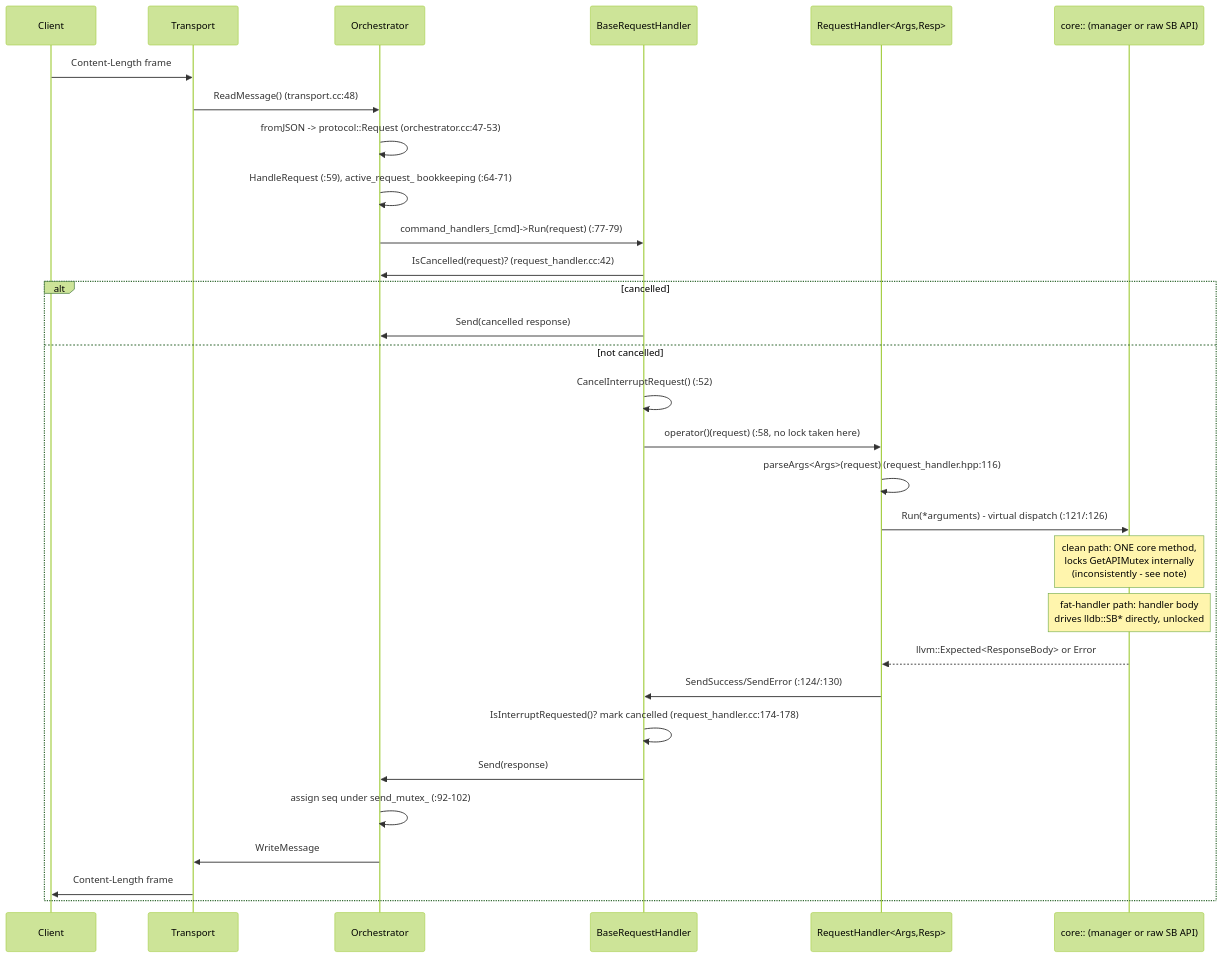
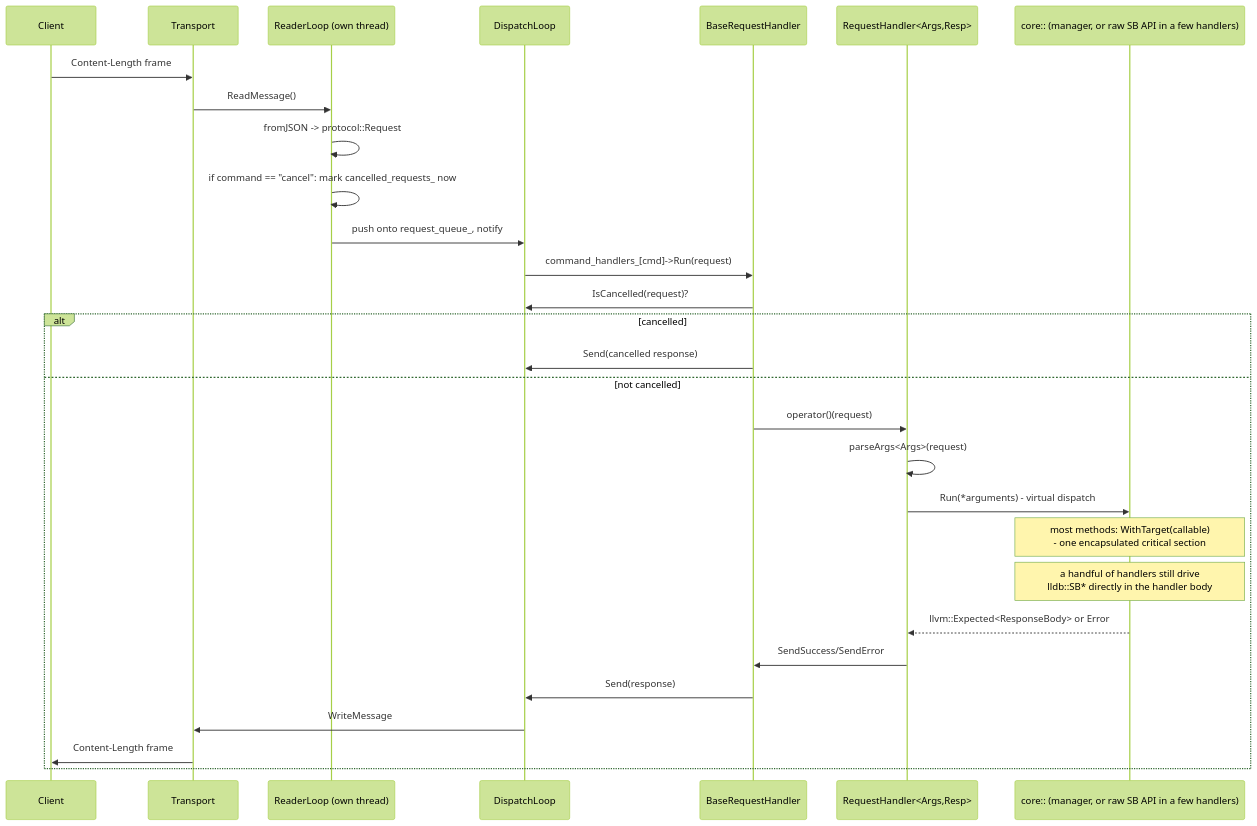
The first of 2 diagrams in docs/architecture/03-request-sequence.md (Hasnaoui-Youssef/trailer_vibes), drawn with Mermaid (forest theme) before and after one commit. The commit also changed other lines of this file and 132 other files, not shown here.

````diff
--- a/docs/architecture/03-request-sequence.md
+++ b/docs/architecture/03-request-sequence.md
@@ -9,33 +20,32 @@
 ```mermaid
 sequenceDiagram
     participant Client
     participant Transport
-    participant Orchestrator
+    participant Reader as ReaderLoop (own thread)
+    participant Dispatch as DispatchLoop
     participant BaseHandler as BaseRequestHandler
     participant Handler as RequestHandler<Args,Resp>
-    participant Core as core:: (manager or raw SB API)
+    participant Core as core:: (manager, or raw SB API in a few handlers)
 
     Client->>Transport: Content-Length frame
-    Transport->>Orchestrator: ReadMessage() (transport.cc:48)
-    Orchestrator->>Orchestrator: fromJSON -> protocol::Request (orchestrator.cc:47-53)
-    Orchestrator->>Orchestrator: HandleRequest (:59), active_request_ bookkeeping (:64-71)
-    Orchestrator->>BaseHandler: command_handlers_[cmd]->Run(request) (:77-79)
-    BaseHandler->>Orchestrator: IsCancelled(request)? (request_handler.cc:42)
+    Transport->>Reader: ReadMessage()
+    Reader->>Reader: fromJSON -> protocol::Request
+    Reader->>Reader: if command == "cancel": mark cancelled_requests_ now
+    Reader->>Dispatch: push onto request_queue_, notify
+    Dispatch->>BaseHandler: command_handlers_[cmd]->Run(request)
+    BaseHandler->>Dispatch: IsCancelled(request)?
     alt cancelled
-        BaseHandler->>Orchestrator: Send(cancelled response)
+        BaseHandler->>Dispatch: Send(cancelled response)
     else not cancelled
-        BaseHandler->>BaseHandler: CancelInterruptRequest() (:52)
-        BaseHandler->>Handler: operator()(request) (:58, no lock taken here)
-        Handler->>Handler: parseArgs<Args>(request) (request_handler.hpp:116)
-        Handler->>Core: Run(*arguments) - virtual dispatch (:121/:126)
-        Note over Core: clean path: ONE core method,<br/>locks GetAPIMutex internally<br/>(inconsistently - see note)
-        Note over Core: fat-handler path: handler body<br/>drives lldb::SB* directly, unlocked
+        BaseHandler->>Handler: operator()(request)
+        Handler->>Handler: parseArgs<Args>(request)
+        Handler->>Core: Run(*arguments) - virtual dispatch
+        Note over Core: most methods: WithTarget(callable)<br/>- one encapsulated critical section
+        Note over Core: a handful of handlers still drive<br/>lldb::SB* directly in the handler body
         Core-->>Handler: llvm::Expected<ResponseBody> or Error
-        Handler->>BaseHandler: SendSuccess/SendError (:124/:130)
-        BaseHandler->>BaseHandler: IsInterruptRequested()? mark cancelled (request_handler.cc:174-178)
-        BaseHandler->>Orchestrator: Send(response)
-        Orchestrator->>Orchestrator: assign seq under send_mutex_ (:92-102)
-        Orchestrator->>Transport: WriteMessage
+        Handler->>BaseHandler: SendSuccess/SendError
+        BaseHandler->>Dispatch: Send(response)
+        Dispatch->>Transport: WriteMessage
         Transport->>Client: Content-Length frame
     end
 ```
````
